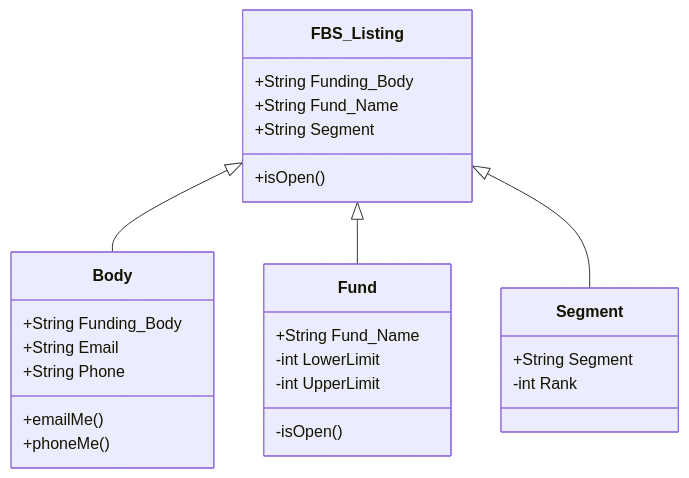
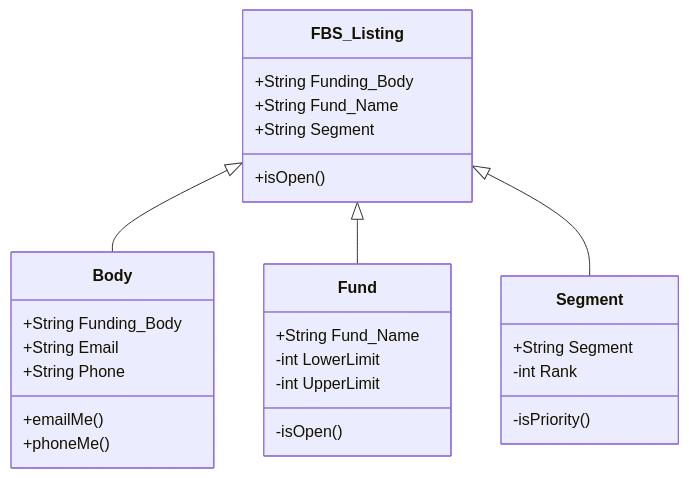
The fifth of 5 diagrams in journey.md (scotentSD/testing), drawn with Mermaid before and after one commit.

Commit message:
Update journey.md
mk

```diff
--- a/journey.md
+++ b/journey.md
@@ -51,27 +51,28 @@
 <div class="mermaid">
 classDiagram
     FBS_Listing <|-- Body
     FBS_Listing <|-- Fund
     FBS_Listing <|-- Segment
     FBS_Listing : +String Funding_Body
     FBS_Listing : +String Fund_Name
     FBS_Listing : +String Segment
     FBS_Listing: +isOpen()
     class Body{
       +String Funding_Body
       +String Email
       +String Phone
       +emailMe()
       +phoneMe()
     }
     class Fund{
       +String Fund_Name
       -int LowerLimit
       -int UpperLimit
       -isOpen()
     }
     class Segment{
       +String Segment
       -int Rank
+      -isPriority()
     }
 </div>
```
